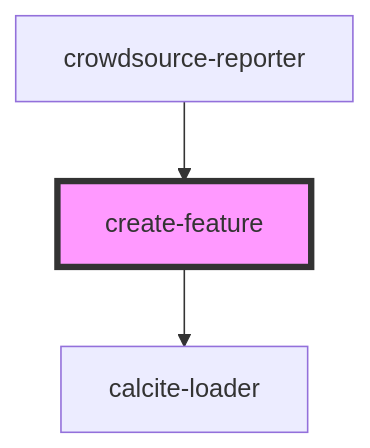
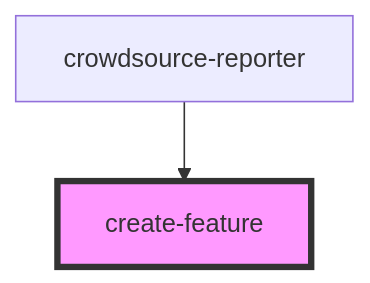
One commit to Esri/solutions-components changed the diagram in src/components/create-feature/readme.md. Above: the diagram before and after it, drawn with Mermaid. The commit also changed other lines of this file and 185 other files, not shown here.

````diff
--- a/src/components/create-feature/readme.md
+++ b/src/components/create-feature/readme.md
@@ -83,6 +23,5 @@
 ```mermaid
 graph TD;
-  create-feature --> calcite-loader
   crowdsource-reporter --> create-feature
   style create-feature fill:#f9f,stroke:#333,stroke-width:4px
 ```
````
